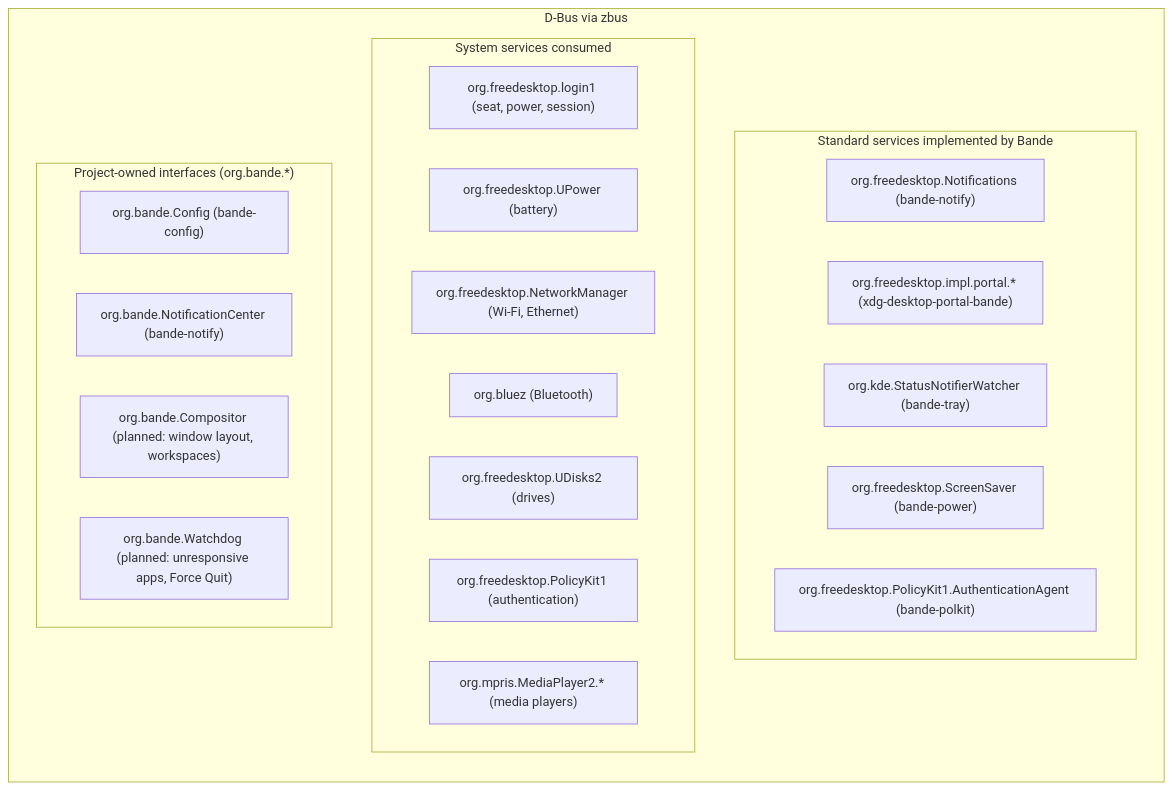
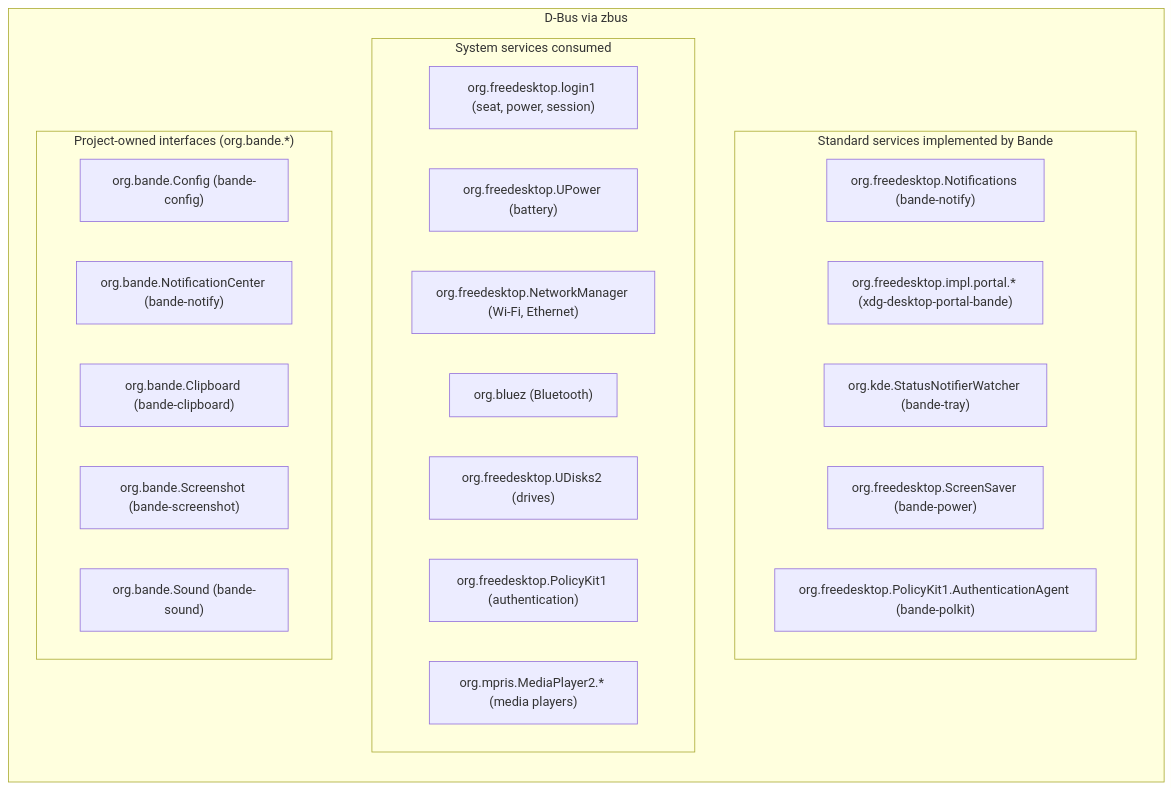
One commit to bande-linux/desktop changed the second of 2 diagrams in docs/architecture/session.md. Above: the diagram before and after it, drawn with Mermaid. The commit also changed other lines of this file and 79 other files, not shown here.

````diff
--- a/docs/architecture/session.md
+++ b/docs/architecture/session.md
@@ -329,28 +324,29 @@
 ```mermaid
 graph TD
     subgraph "D-Bus via zbus"
         direction TB
         subgraph "Standard services implemented by Bande"
             IMP1["org.freedesktop.Notifications (bande-notify)"]
             IMP2["org.freedesktop.impl.portal.* (xdg-desktop-portal-bande)"]
             IMP3["org.kde.StatusNotifierWatcher (bande-tray)"]
             IMP4["org.freedesktop.ScreenSaver (bande-power)"]
             IMP5["org.freedesktop.PolicyKit1.AuthenticationAgent (bande-polkit)"]
         end
         subgraph "System services consumed"
             CON1["org.freedesktop.login1 (seat, power, session)"]
             CON2["org.freedesktop.UPower (battery)"]
             CON3["org.freedesktop.NetworkManager (Wi-Fi, Ethernet)"]
             CON4["org.bluez (Bluetooth)"]
             CON5["org.freedesktop.UDisks2 (drives)"]
             CON6["org.freedesktop.PolicyKit1 (authentication)"]
             CON7["org.mpris.MediaPlayer2.* (media players)"]
         end
         subgraph "Project-owned interfaces (org.bande.*)"
             OWN1["org.bande.Config (bande-config)"]
             OWN2["org.bande.NotificationCenter (bande-notify)"]
-            OWN3["org.bande.Compositor (planned: window layout, workspaces)"]
-            OWN4["org.bande.Watchdog (planned: unresponsive apps, Force Quit)"]
+            OWN3["org.bande.Clipboard (bande-clipboard)"]
+            OWN4["org.bande.Screenshot (bande-screenshot)"]
+            OWN5["org.bande.Sound (bande-sound)"]
         end
     end
 ```
````
